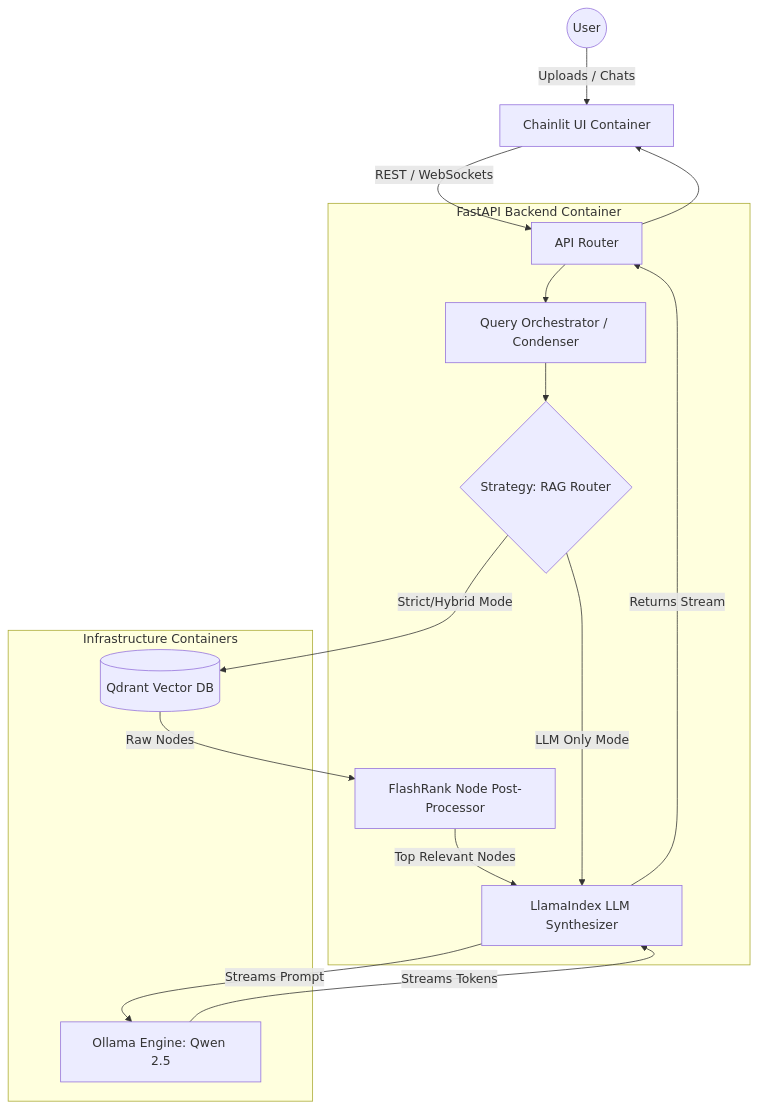
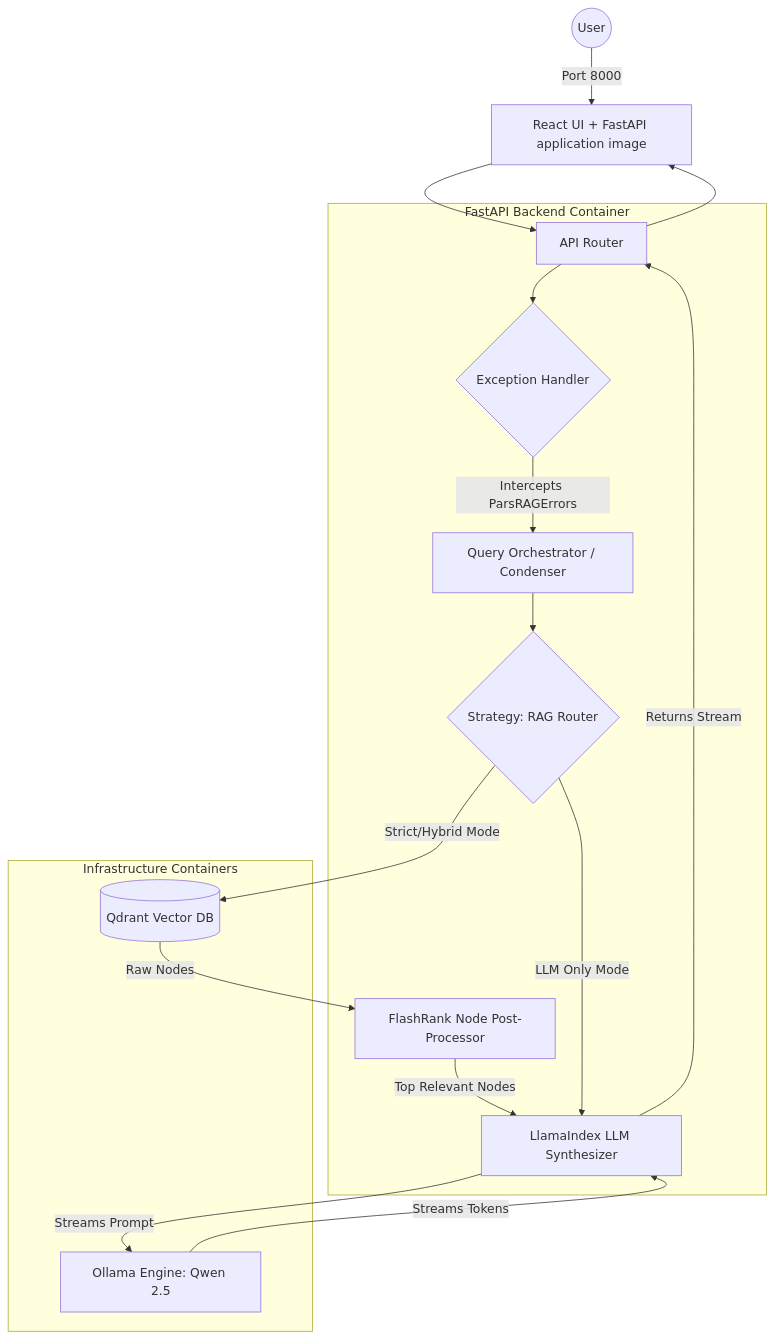
Before and after one commit to Pooria82/ParsRAG: the diagram in .context/02_Architecture_and_Patterns.md, drawn with Mermaid. The commit also changed other lines of this file and 139 other files, not shown here.

````diff
--- a/.context/02_Architecture_and_Patterns.md
+++ b/.context/02_Architecture_and_Patterns.md
@@ -30,34 +29,36 @@
 ```mermaid
 graph TD
-    Client((User)) -->|Uploads / Chats| UI[Chainlit UI Container]
+    Client((User)) -->|Port 8000| App[React UI + FastAPI application image]
     
     subgraph FastAPI Backend Container
         Router[API Router]
+        ExceptionHandler{Exception Handler}
         QueryPipeline[Query Orchestrator / Condenser]
         RAGRouter{Strategy: RAG Router}
         Reranker[FlashRank Node Post-Processor]
         Generator[LlamaIndex LLM Synthesizer]
     end
     
     subgraph Infrastructure Containers
         VectorDB[(Qdrant Vector DB)]
         Ollama[Ollama Engine: Qwen 2.5]
     end
 
-    UI -->|REST / WebSockets| Router
-    Router --> QueryPipeline
+    App --> Router
+    Router --> ExceptionHandler
+    ExceptionHandler -->|Intercepts ParsRAGErrors| QueryPipeline
     QueryPipeline --> RAGRouter
     
     %% Strict & Hybrid
     RAGRouter -->|Strict/Hybrid Mode| VectorDB
     VectorDB -->|Raw Nodes| Reranker
     Reranker -->|Top Relevant Nodes| Generator
     
     %% LLM Only
     RAGRouter -->|LLM Only Mode| Generator
     
     Generator -->|Streams Prompt| Ollama
     Ollama -->|Streams Tokens| Generator
     Generator -->|Returns Stream| Router
-    Router --> UI
+    Router --> App
 ```
````
